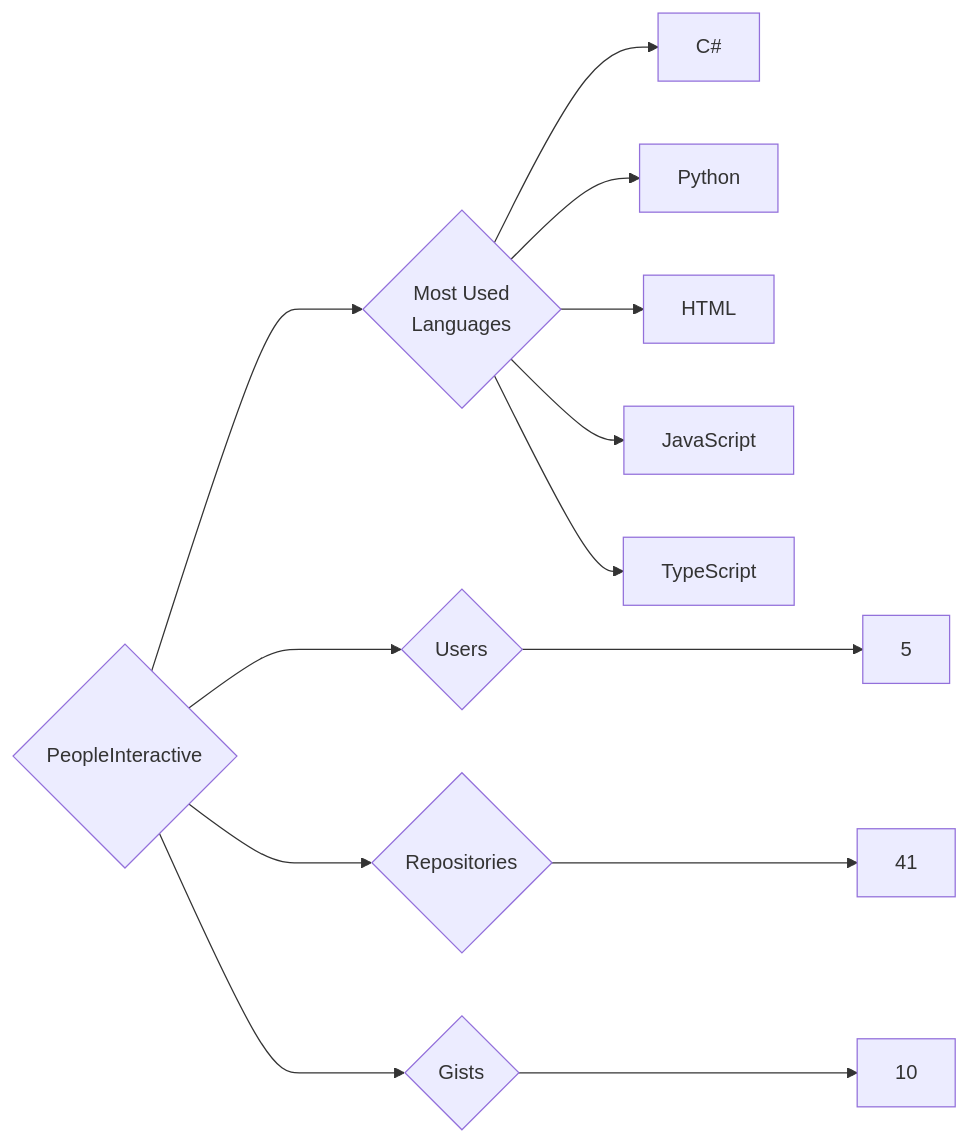
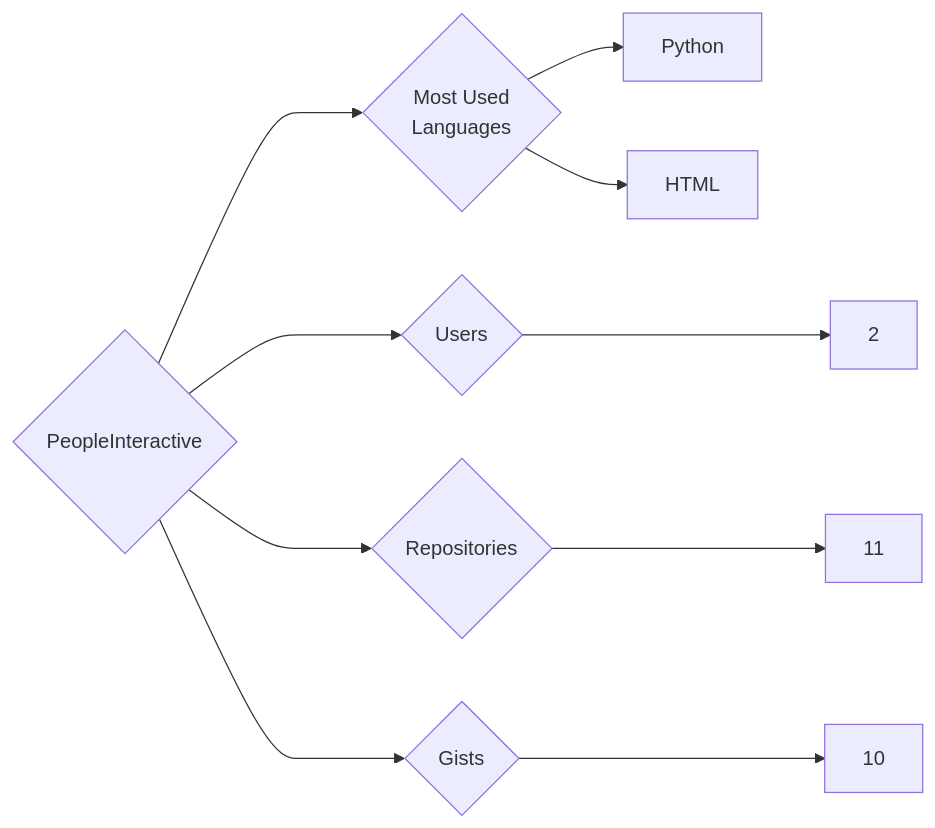
One commit to trickest/insiders changed the diagram in targets/PeopleInteractive/README.md. Above: the diagram before and after it, drawn with Mermaid. The commit also changed 534 other files, not shown here.

````diff
--- a/targets/PeopleInteractive/README.md
+++ b/targets/PeopleInteractive/README.md
@@ -3,13 +3,10 @@
 ```mermaid
 graph LR
 COMPANY_NAME{PeopleInteractive}
-COMPANY_NAME ---> U{Users} ---> UN[5]
-COMPANY_NAME ---> R{Repositories} ---> RN[41]
+COMPANY_NAME ---> U{Users} ---> UN[2]
+COMPANY_NAME ---> R{Repositories} ---> RN[11]
 COMPANY_NAME ---> G{Gists} ---> GN[10]
 COMPANY_NAME ---> ML{Most Used<br>Languages}
-ML --> C#[C#]
 ML --> Python[Python]
 ML --> HTML[HTML]
-ML --> JavaScript[JavaScript]
-ML --> TypeScript[TypeScript]
 ```
````
